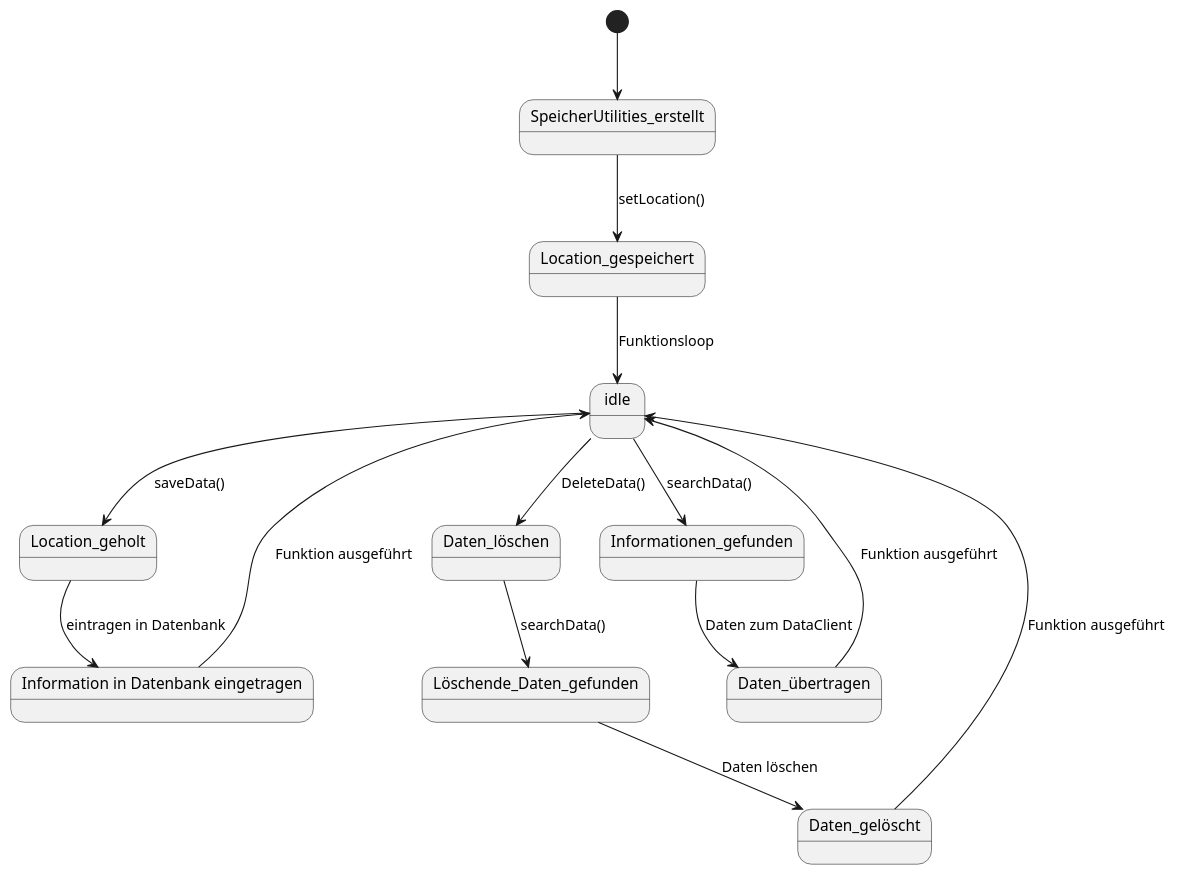
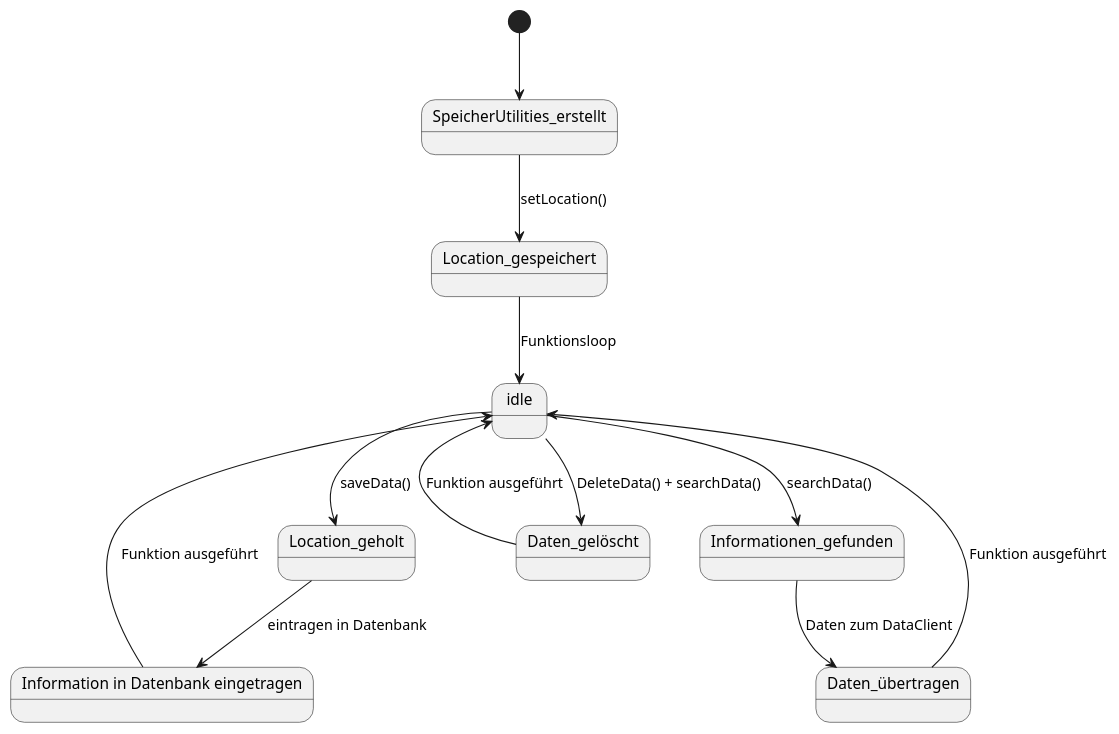
The diagram in meilenstein_04/zustand-Speichermedium/zustand-Speichermedium.puml (weichware10/meilensteine), drawn with PlantUML before and after one commit.

Commit message:
Schöner

```diff
--- a/meilenstein_04/zustand-Speichermedium/zustand-Speichermedium.puml
+++ b/meilenstein_04/zustand-Speichermedium/zustand-Speichermedium.puml
@@ -1,54 +1,45 @@
 @startuml Speichermedium
 
 [*] --> SpeicherUtilities_erstellt
 SpeicherUtilities_erstellt --> Location_gespeichert : setLocation()
 Location_gespeichert --> idle : Funktionsloop
 idle --> Location_geholt : saveData()
 idle --> Informationen_gefunden : searchData()
 Location_geholt --> long2 : eintragen in Datenbank
 Informationen_gefunden --> Daten_übertragen : Daten zum DataClient
 long2 --> idle : Funktion ausgeführt
 Daten_gelöscht --> idle : Funktion ausgeführt
 Daten_übertragen --> idle : Funktion ausgeführt
-idle --> Daten_löschen : DeleteData()
-Daten_löschen --> Löschende_Daten_gefunden : searchData()
-Löschende_Daten_gefunden --> Daten_gelöscht : Daten löschen
+idle --> Daten_gelöscht : DeleteData() + searchData()
+
 
 state SpeicherUtilities_erstellt {
 
 }
 
 state Location_gespeichert {
 
 }
 
 state idle{
 
 }
 
 state Location_geholt{
 
 }
 
-state Löschende_Daten_gefunden{
-
-}
-
-state Daten_löschen{
-
-}
-
 state Informationen_gefunden{
 
 }
 state "Information in Datenbank eingetragen" as long2{
 
 }
 state Daten_gelöscht {
 
 }
 state Daten_übertragen {
 
 }
 
 @enduml
```
